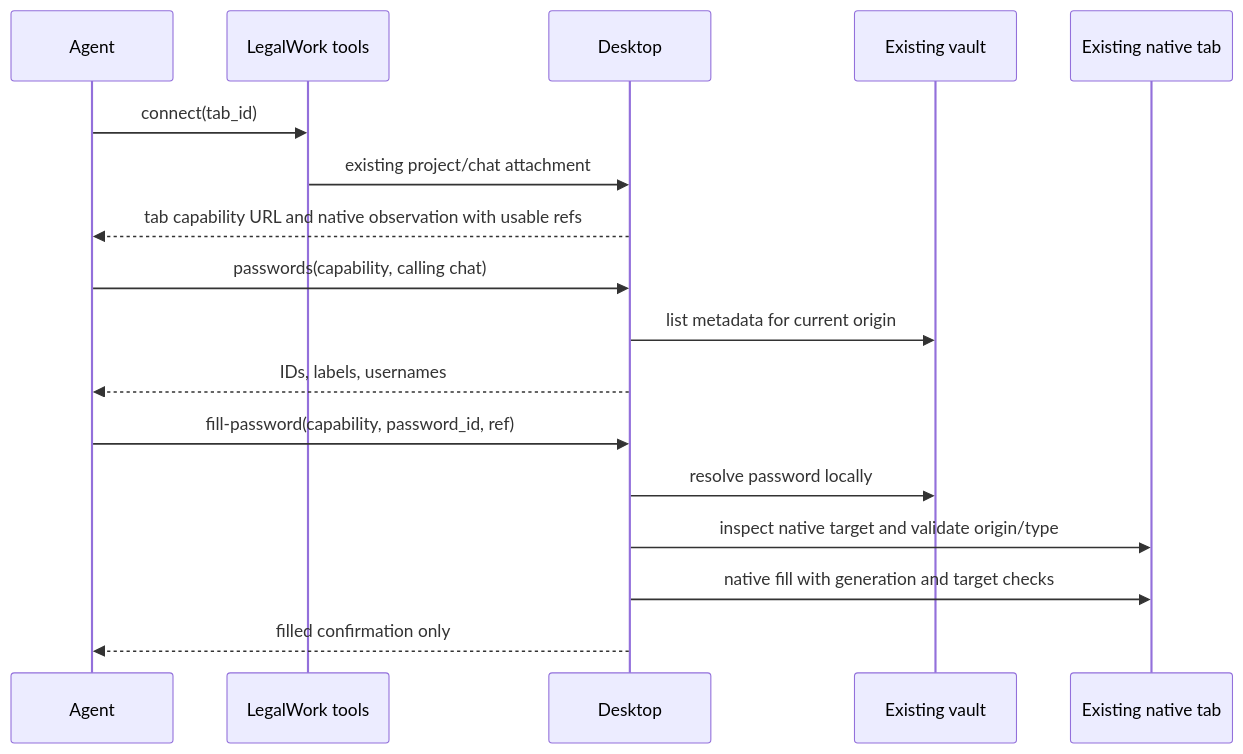
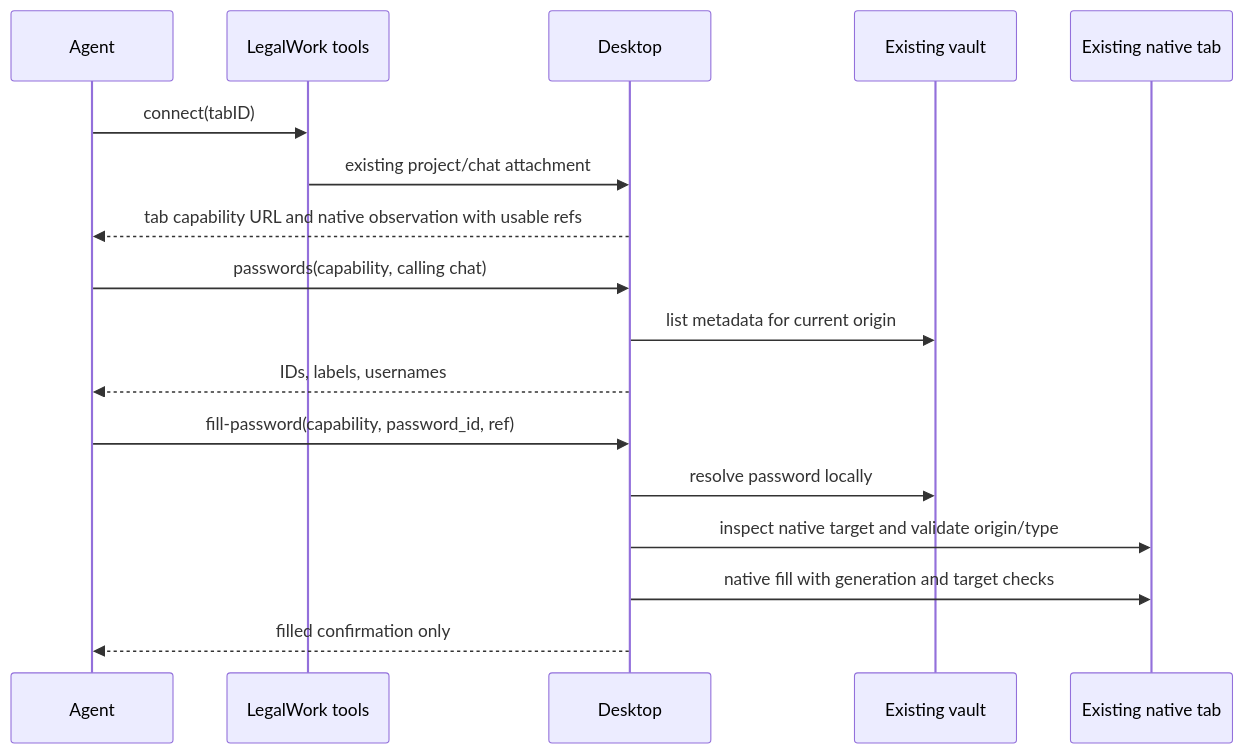
Before and after one commit to eigenweltlabs/LegalWork: the diagram in docs/browser-login-architecture.md, drawn with Mermaid. The commit also changed other lines of this file and 18 other files, not shown here.

````diff
--- a/docs/browser-login-architecture.md
+++ b/docs/browser-login-architecture.md
@@ -31,19 +31,19 @@
 ```mermaid
 sequenceDiagram
     participant Agent
     participant Tools as LegalWork tools
     participant Desktop
     participant Vault as Existing vault
     participant Tab as Existing native tab
-    Agent->>Tools: connect(tab_id)
+    Agent->>Tools: connect(tabID)
     Tools->>Desktop: existing project/chat attachment
     Desktop-->>Agent: tab capability URL and native observation with usable refs
     Agent->>Desktop: passwords(capability, calling chat)
     Desktop->>Vault: list metadata for current origin
     Desktop-->>Agent: IDs, labels, usernames
     Agent->>Desktop: fill-password(capability, password_id, ref)
     Desktop->>Vault: resolve password locally
     Desktop->>Tab: inspect native target and validate origin/type
     Desktop->>Tab: native fill with generation and target checks
     Desktop-->>Agent: filled confirmation only
 ```
````
